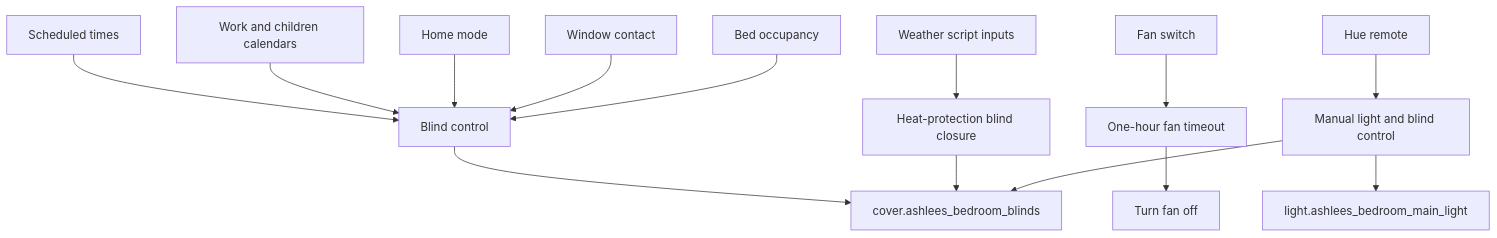
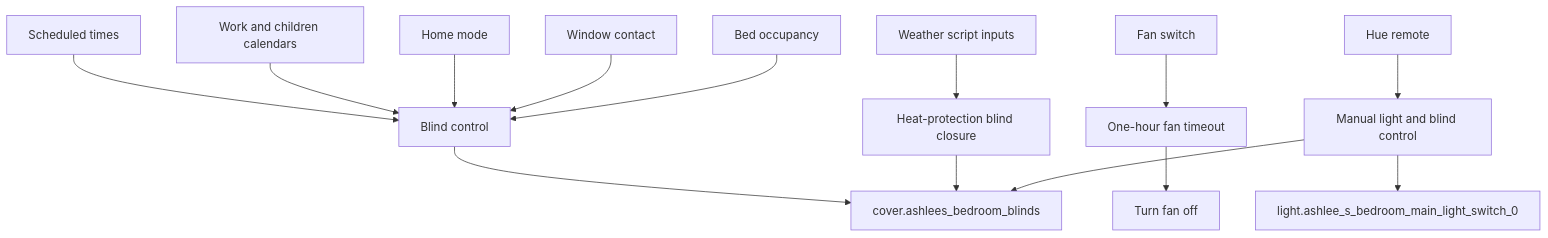
The first of 2 diagrams in packages/rooms/bedroom3_README.md (dannytsang/homeassistant-config), drawn with Mermaid before and after one commit. The commit also changed other lines of this file and 1 other file, not shown here.

First line of the commit message:
Updated Ashlee's bedroom light entity ID.

````diff
--- a/packages/rooms/bedroom3_README.md
+++ b/packages/rooms/bedroom3_README.md
@@ -29,17 +29,17 @@
 ```mermaid
 flowchart TB
     Time[Scheduled times] --> Blinds[Blind control]
     Calendar[Work and children calendars] --> Blinds
     HomeMode[Home mode] --> Blinds
     Window[Window contact] --> Blinds
     Bed[Bed occupancy] --> Blinds
     Weather[Weather script inputs] --> Heat[Heat-protection blind closure]
     Fan[Fan switch] --> Timeout[One-hour fan timeout]
     Remote[Hue remote] --> Manual[Manual light and blind control]
 
     Blinds --> Cover[cover.ashlees_bedroom_blinds]
     Heat --> Cover
     Timeout --> FanOff[Turn fan off]
     Manual --> Cover
-    Manual --> Light[light.ashlees_bedroom_main_light]
+    Manual --> Light[light.ashlee_s_bedroom_main_light_switch_0]
 ```
````
